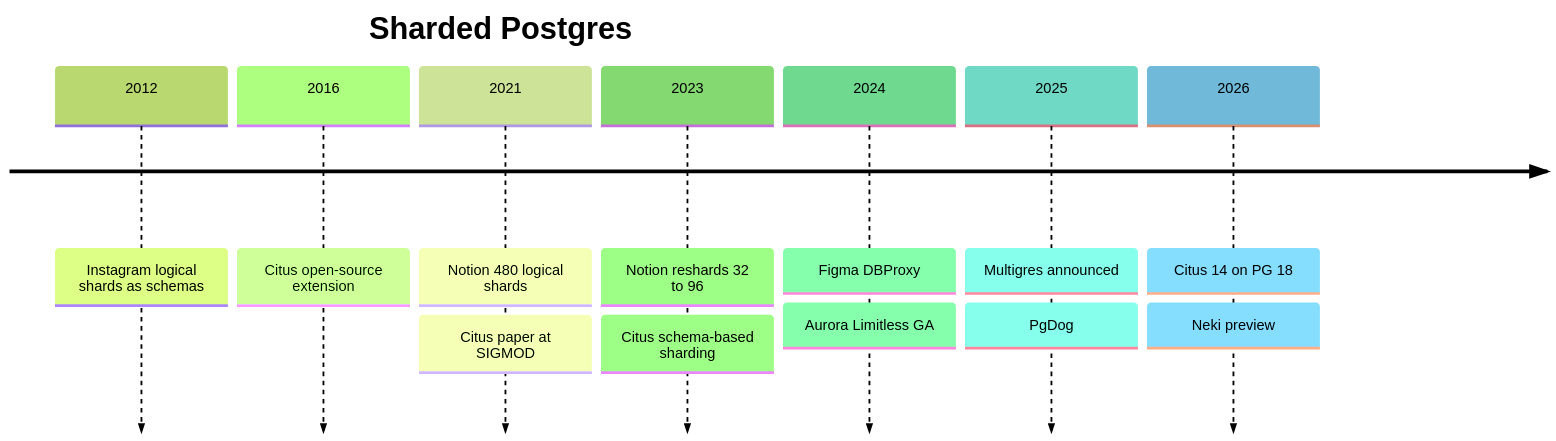
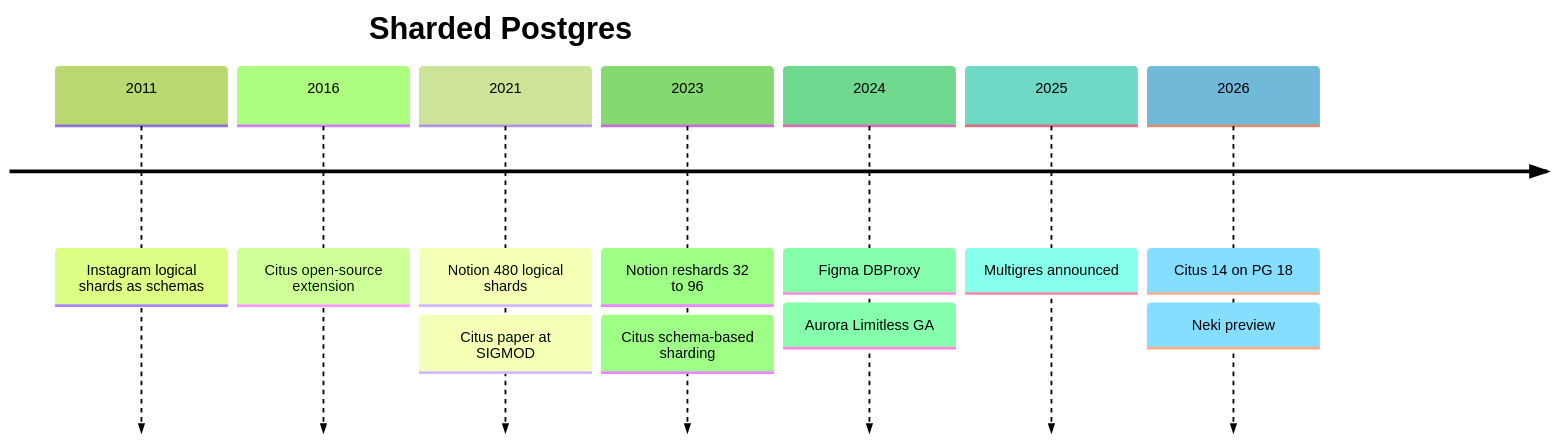
Before and after one commit to ImRuliad/Library-of-Alexandria: the first of 5 diagrams in Distributed Systems/Data & Storage/Sharded Postgres/Sharded Postgres.md, drawn with Mermaid (forest theme). The commit also changed other lines of this file, not shown here.

````diff
--- a/Distributed Systems/Data & Storage/Sharded Postgres/Sharded Postgres.md
+++ b/Distributed Systems/Data & Storage/Sharded Postgres/Sharded Postgres.md
@@ -165,16 +169,15 @@
 ```mermaid
 timeline
     title Sharded Postgres
-    2012 : Instagram logical shards as schemas
+    2011 : Instagram logical shards as schemas
     2016 : Citus open-source extension
     2021 : Notion 480 logical shards
          : Citus paper at SIGMOD
     2023 : Notion reshards 32 to 96
          : Citus schema-based sharding
     2024 : Figma DBProxy
          : Aurora Limitless GA
     2025 : Multigres announced
-         : PgDog
     2026 : Citus 14 on PG 18
          : Neki preview
 ```
````
